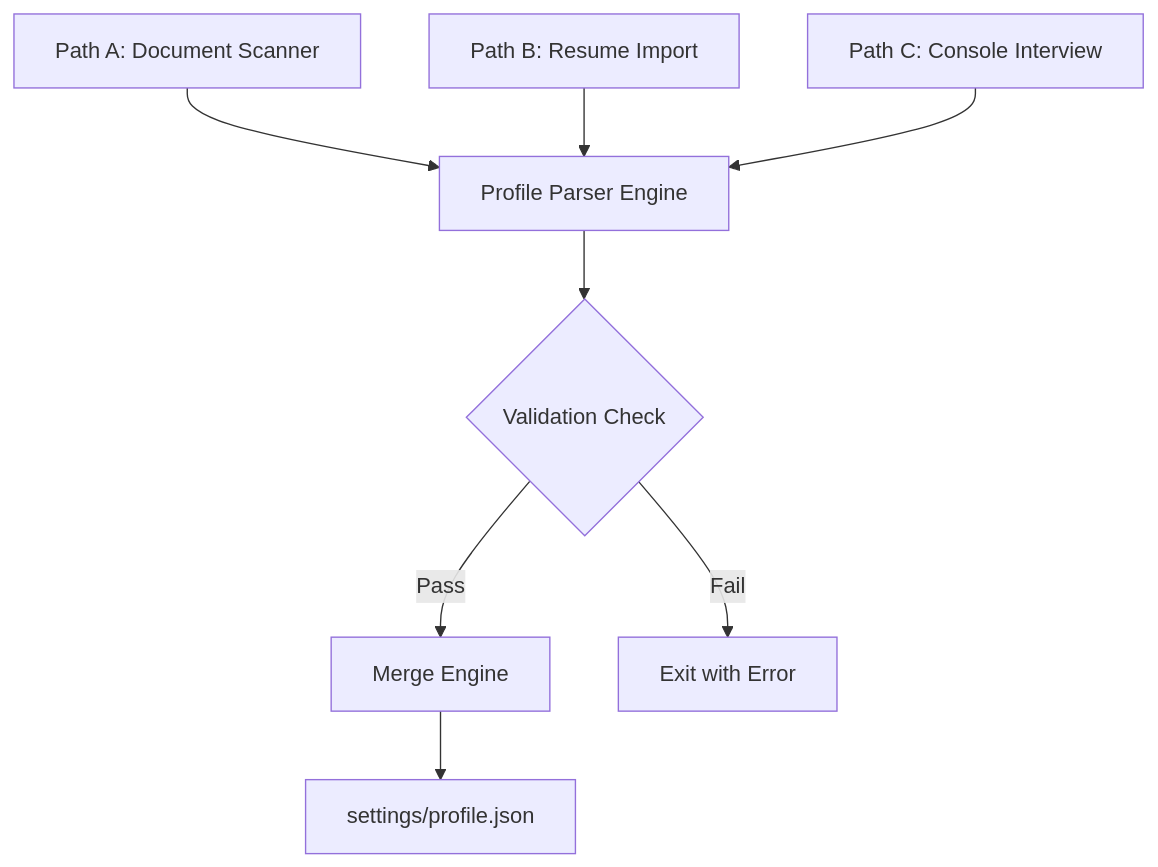
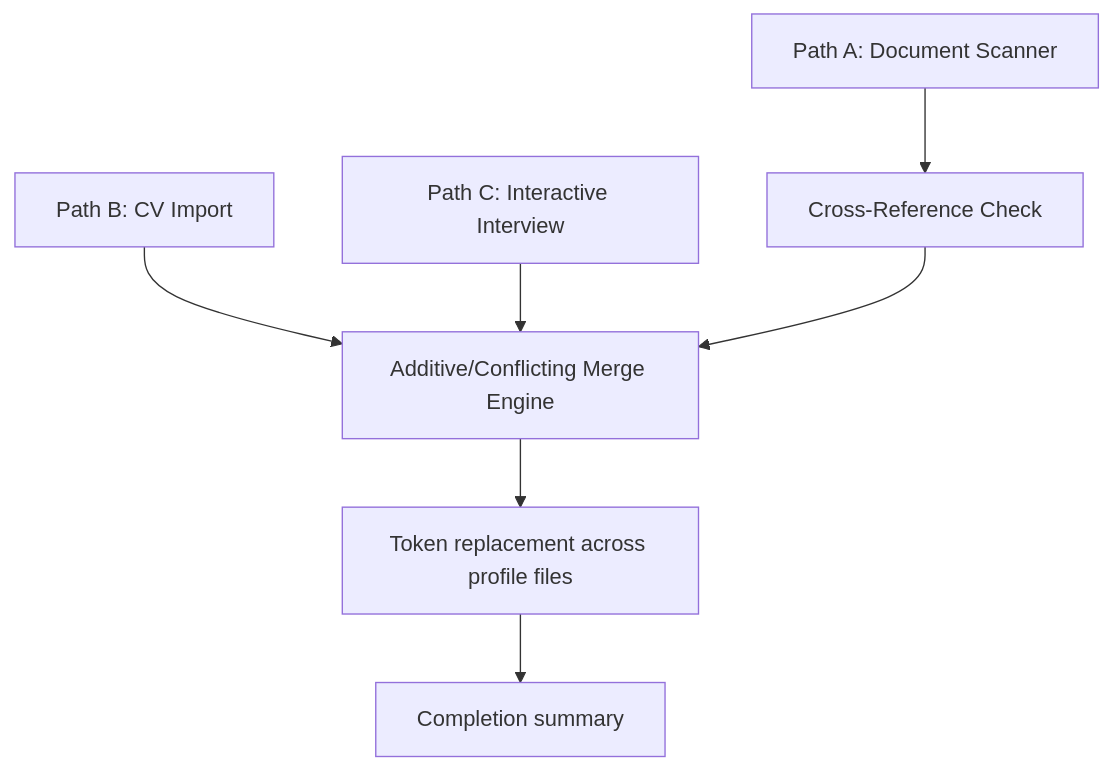
The diagram in docs/development/implementation-guide-profile.md (suraj-davariya/ai-job-search), drawn with Mermaid before and after one commit. The commit also changed other lines of this file and 6 other files, not shown here.

````diff
--- a/docs/development/implementation-guide-profile.md
+++ b/docs/development/implementation-guide-profile.md
@@ -15,10 +28,9 @@
 ```mermaid
 graph TD
-    A[Path A: Document Scanner] --> Parser[Profile Parser Engine]
-    B[Path B: Resume Import] --> Parser
-    C[Path C: Console Interview] --> Parser
-    Parser --> Validator{Validation Check}
-    Validator -- Pass --> Merge[Merge Engine]
-    Validator -- Fail --> Terminal[Exit with Error]
-    Merge --> Output[settings/profile.json]
+    A[Path A: Document Scanner] --> XRef[Cross-Reference Check]
+    B[Path B: CV Import] --> Merge
+    C[Path C: Interactive Interview] --> Merge
+    XRef --> Merge[Additive/Conflicting Merge Engine]
+    Merge --> Write[Token replacement across profile files]
+    Write --> Summary[Completion summary]
 ```
````
